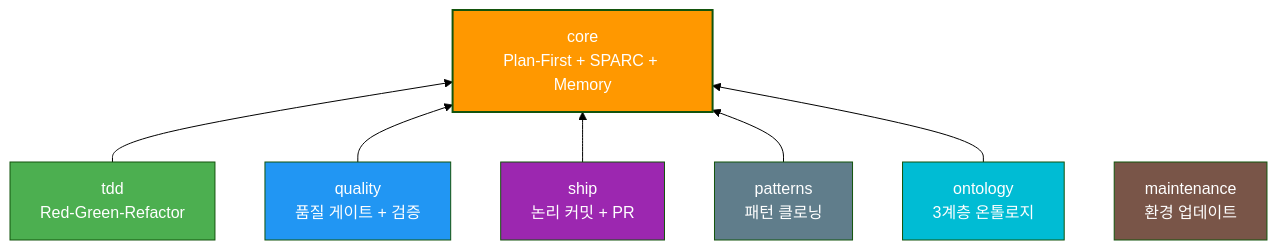
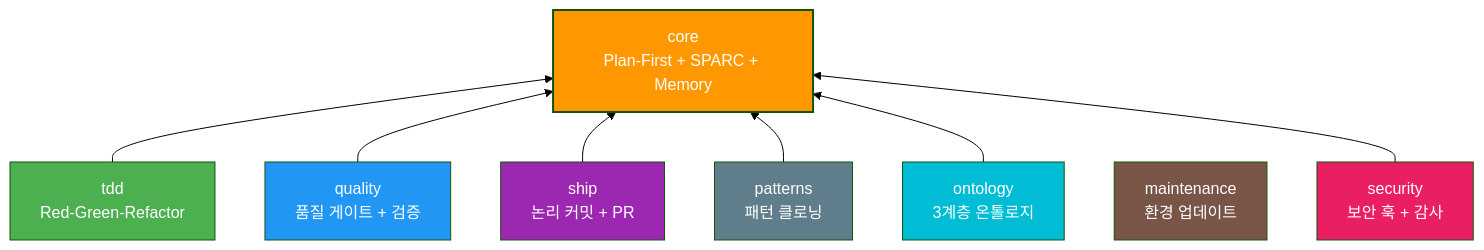
Before and after one commit to skdkfk8758/carpdm_harness: the second of 3 diagrams in README.md, drawn with Mermaid (forest theme). The commit also changed other lines of this file, not shown here.

First line of the commit message:
docs: update README for security module and new features

````diff
--- a/README.md
+++ b/README.md
@@ -79,19 +79,21 @@
 ```mermaid
 flowchart BT
     CORE[core<br/>Plan-First + SPARC + Memory]
 
     TDD[tdd<br/>Red-Green-Refactor] --> CORE
     QUALITY[quality<br/>품질 게이트 + 검증] --> CORE
     SHIP[ship<br/>논리 커밋 + PR] --> CORE
     PATTERNS[patterns<br/>패턴 클로닝] --> CORE
     ONTOLOGY[ontology<br/>3계층 온톨로지] --> CORE
     MAINT[maintenance<br/>환경 업데이트]
+    SECURITY[security<br/>보안 훅 + 감사] --> CORE
 
     style CORE fill:#FF9800,color:#fff,stroke-width:2px
     style TDD fill:#4CAF50,color:#fff
     style QUALITY fill:#2196F3,color:#fff
     style SHIP fill:#9C27B0,color:#fff
     style PATTERNS fill:#607D8B,color:#fff
     style ONTOLOGY fill:#00BCD4,color:#fff
     style MAINT fill:#795548,color:#fff
+    style SECURITY fill:#E91E63,color:#fff
 ```
````
